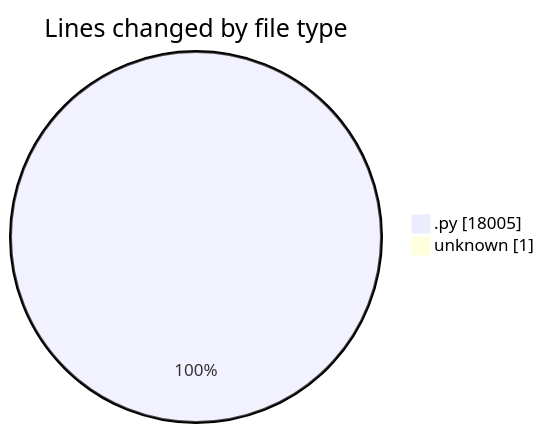
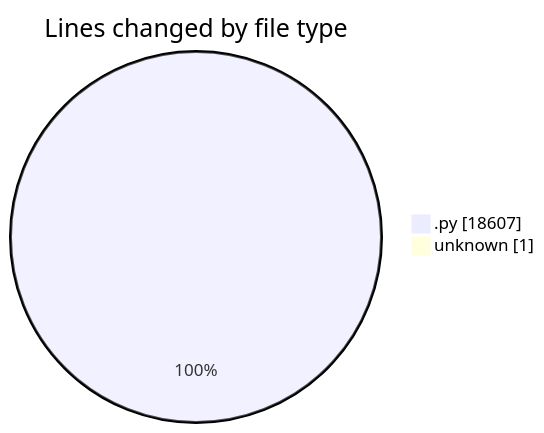
Before and after one commit to julien-gomy/code-tracking: the first of 2 diagrams in 2025-11-22/eventscop-api-guide__workspace_/README.md, drawn with Mermaid. The commit also changed other lines of this file and 1 other file, not shown here.

````diff
--- a/2025-11-22/eventscop-api-guide__workspace_/README.md
+++ b/2025-11-22/eventscop-api-guide__workspace_/README.md
@@ -29,6 +30,6 @@
 ```mermaid
 pie showData
 title Lines changed by file type
-".py" : 18005
+".py" : 18607
 "unknown" : 1
 ```
````
